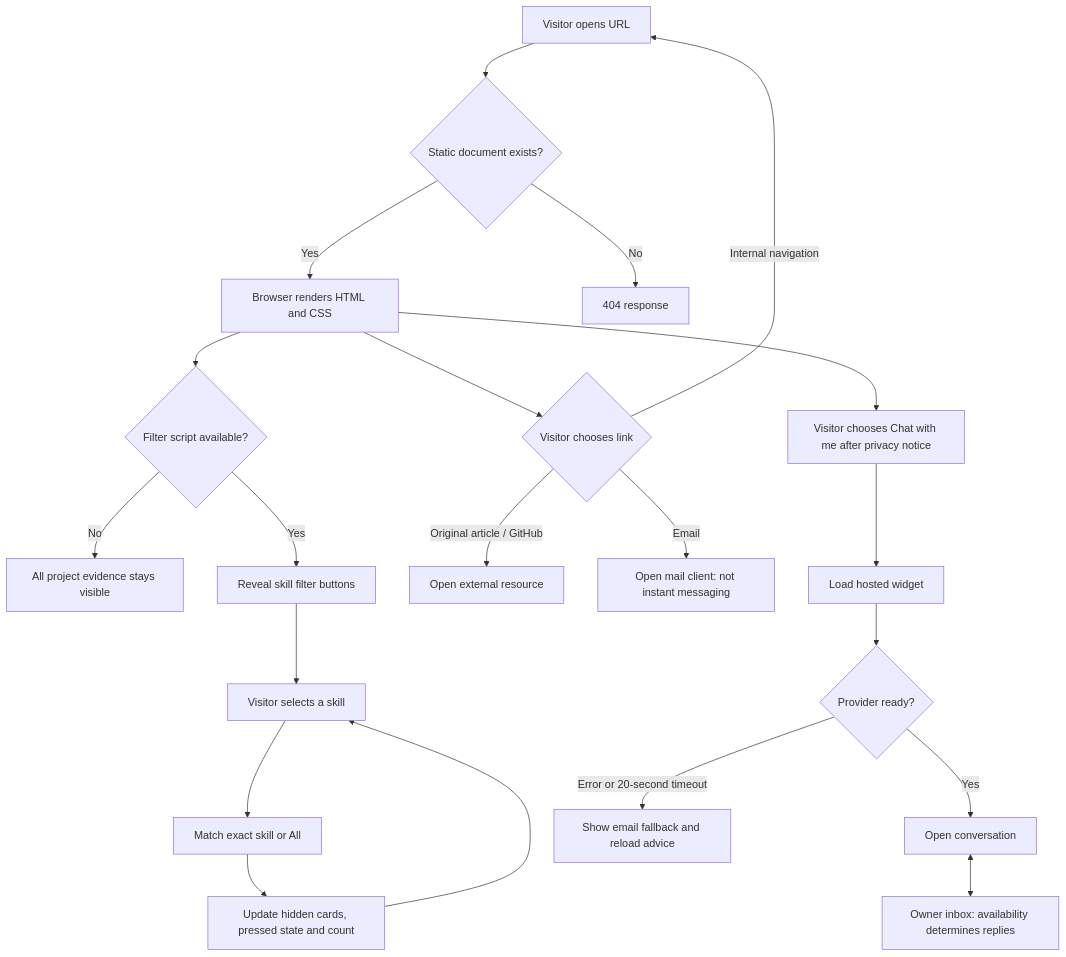
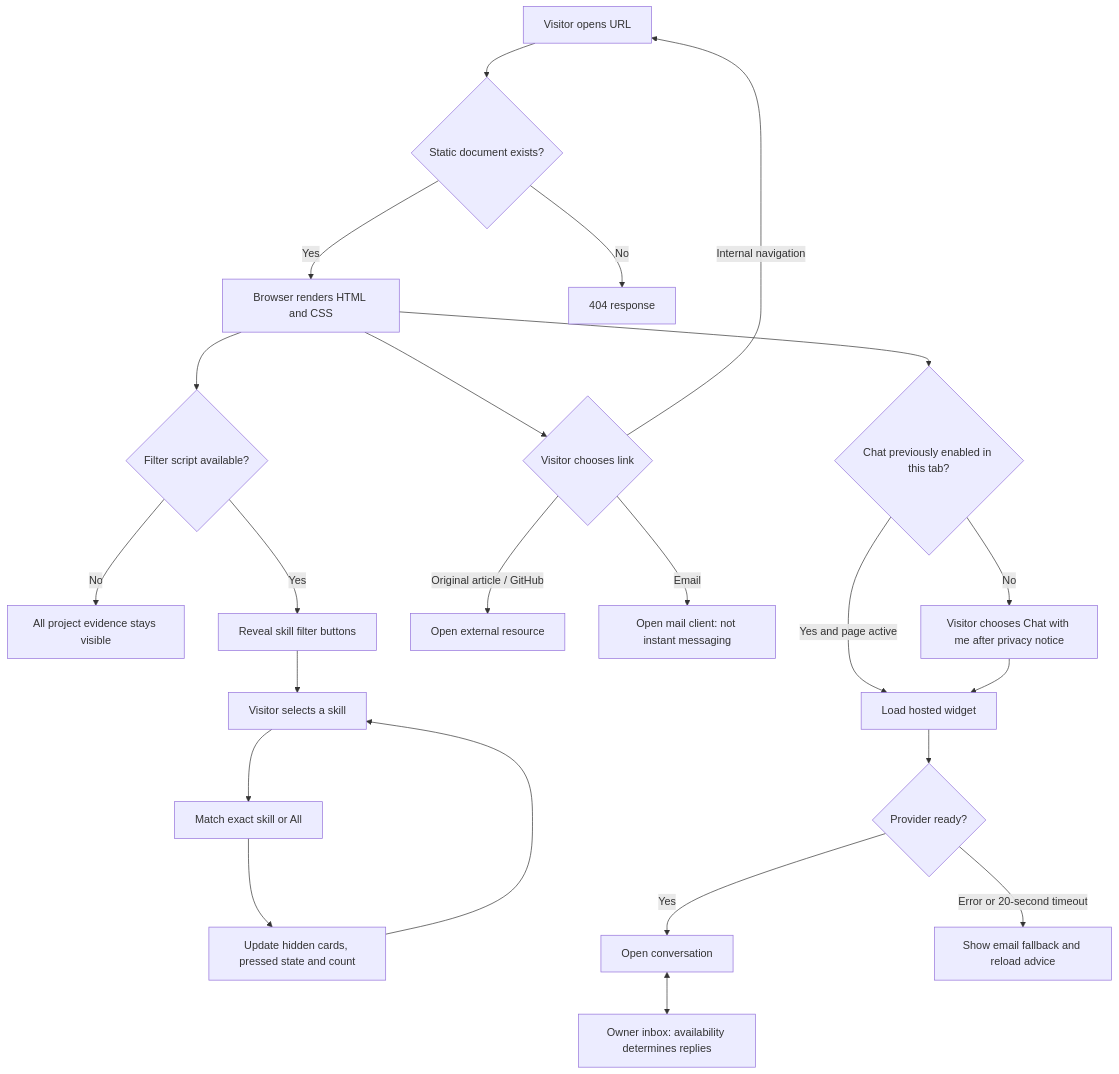
One commit to ChiragAgg5k/ul-university-notes changed the third of 3 diagrams in 2026-27/SEM1/CS5709 - Software Engineering Evolution/Assignment 1/DESIGN.md. Above: the diagram before and after it, drawn with Mermaid. The commit also changed other lines of this file and 6 other files, not shown here.

Commit message:
Warm chat after tab-scoped opt-in and test loading states

````diff
--- a/2026-27/SEM1/CS5709 - Software Engineering Evolution/Assignment 1/DESIGN.md
+++ b/2026-27/SEM1/CS5709 - Software Engineering Evolution/Assignment 1/DESIGN.md
@@ -52,23 +52,25 @@
 ```mermaid
 flowchart TD
   Start[Visitor opens URL] --> Exists{Static document exists?}
   Exists -->|Yes| Render[Browser renders HTML and CSS]
   Exists -->|No| Missing[404 response]
   Render --> Action{Visitor chooses link}
   Render --> JS{Filter script available?}
   JS -->|No| All[All project evidence stays visible]
   JS -->|Yes| Controls[Reveal skill filter buttons]
   Controls --> Select[Visitor selects a skill]
   Select --> Match[Match exact skill or All]
   Match --> Update[Update hidden cards, pressed state and count]
   Update --> Select
   Action -->|Internal navigation| Start
   Action -->|Original article / GitHub| External[Open external resource]
   Action -->|Email| Mail[Open mail client: not instant messaging]
-  Render --> Open[Visitor chooses Chat with me after privacy notice]
+  Render --> Remembered{Chat previously enabled in this tab?}
+  Remembered -->|Yes and page active| Load
+  Remembered -->|No| Open[Visitor chooses Chat with me after privacy notice]
   Open --> Load[Load hosted widget]
   Load --> Ready{Provider ready?}
   Ready -->|Yes| Chat[Open conversation]
   Ready -->|Error or 20-second timeout| Fallback[Show email fallback and reload advice]
   Chat <--> Inbox[Owner inbox: availability determines replies]
 ```
````
